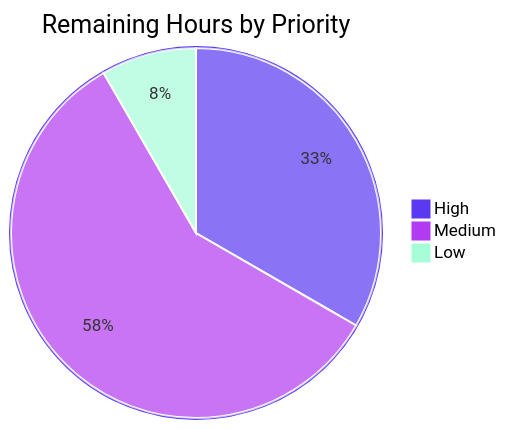
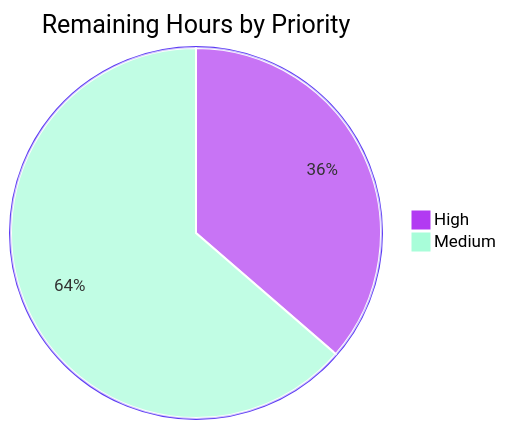
Before and after one commit to Sandeep01Kumar/existing-projects-qa-16-nov: the third of 3 diagrams in blitzy/documentation/Project Guide - ef7ce823-4598-4dbf-a7b3-6da4a0b071cb.md, drawn with Mermaid. The commit also changed other lines of this file, not shown here.

````diff
--- a/blitzy/documentation/Project Guide - ef7ce823-4598-4dbf-a7b3-6da4a0b071cb.md
+++ b/blitzy/documentation/Project Guide - ef7ce823-4598-4dbf-a7b3-6da4a0b071cb.md
@@ -209,7 +210,6 @@
 ```mermaid
-%%{init: {"themeVariables": {"pie1": "#5B39F3", "pie2": "#B23AF2", "pie3": "#A8FDD9", "pieStrokeColor": "#FFFFFF", "pieOuterStrokeColor": "#5B39F3"}}}%%
+%%{init: {"themeVariables": {"pie1": "#B23AF2", "pie2": "#A8FDD9", "pieStrokeColor": "#FFFFFF", "pieOuterStrokeColor": "#5B39F3"}}}%%
 pie title Remaining Hours by Priority
     "High" : 2
     "Medium" : 3.5
-    "Low" : 0.5
 ```
````
